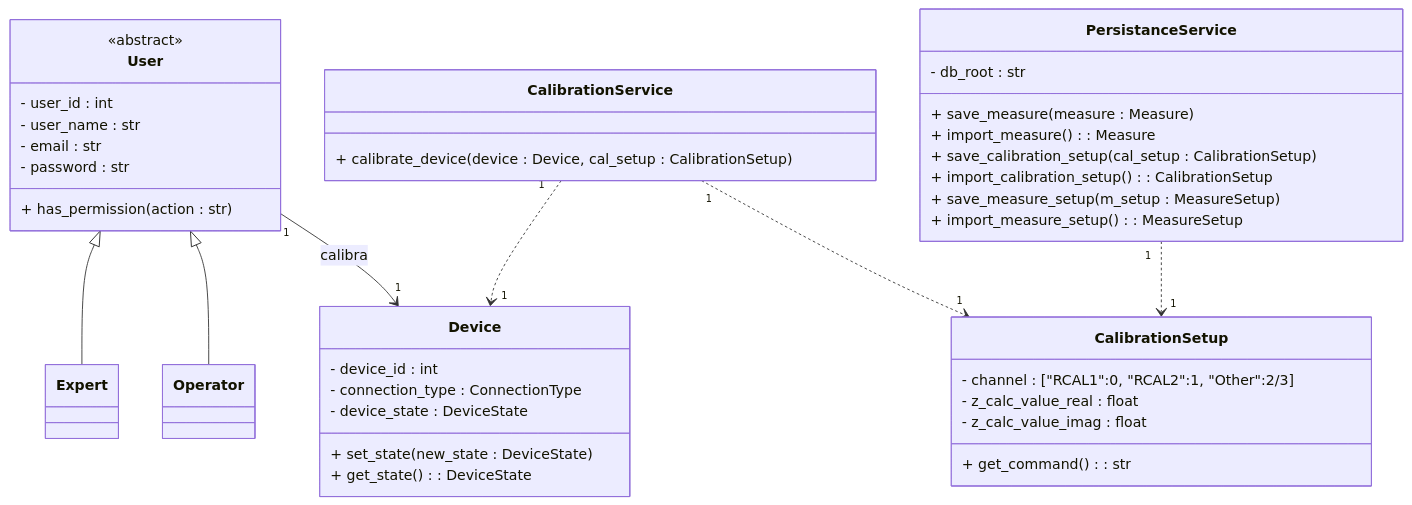
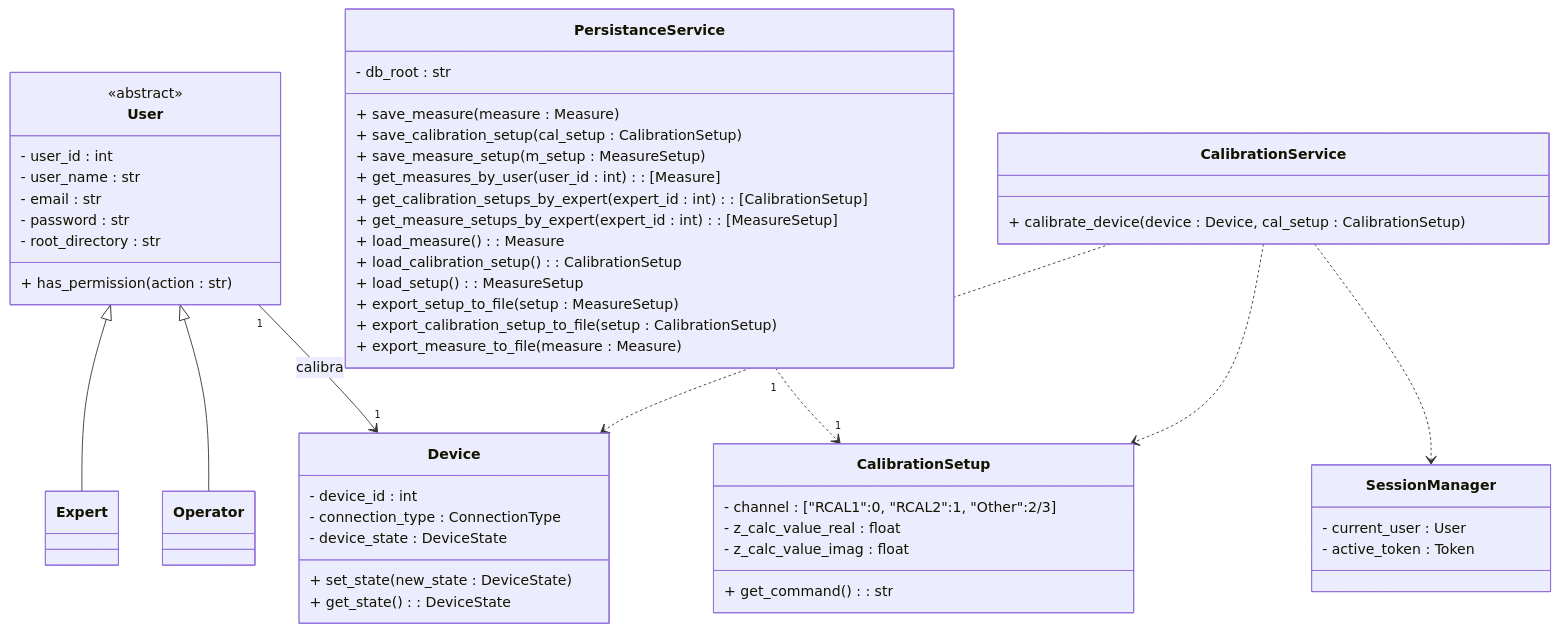
Before and after one commit to alegrelias/Repo-GMini: the third of 6 diagrams in Gmini-MarkDown/Clases Conceptuales.md, drawn with Mermaid. The commit also changed other lines of this file and 3 other files, not shown here.

````diff
--- a/Gmini-MarkDown/Clases Conceptuales.md
+++ b/Gmini-MarkDown/Clases Conceptuales.md
@@ -289,61 +382,78 @@
 ```mermaid
 classDiagram
 
 %% jerarquias
 User <|-- Expert
 User <|-- Operator
 
 %% clases
 class User {
-        <<abstract>>
-        - user_id : int
-        - user_name : str
-        - email : str
-        - password : str
-        + has_permission(action : str)
-    }
+	<<abstract>>
+	- user_id : int
+	- user_name : str
+	- email : str
+	- password : str
+	- root_directory : str
+	+ has_permission(action : str)
+}
     
 class Operator{
 
 }
 class Expert{
 
 }
 
 class CalibrationSetup{
 	- channel : ["RCAL1":0, "RCAL2":1, "Other":2/3]
 	- z_calc_value_real : float
 	- z_calc_value_imag : float
 	+ get_command() : str
 }
 
 class Device{
 	- device_id : int
 	- connection_type : ConnectionType
 	- device_state : DeviceState
 	+ set_state(new_state : DeviceState)
 	+ get_state() : DeviceState
 }
 
 class CalibrationService{
 	+ calibrate_device(device : Device, cal_setup : CalibrationSetup)
 }
 
+class SessionManager{
+	- current_user : User
+	- active_token : Token
+}
+
 class PersistanceService{
 	- db_root : str
+	  
+	%% operaciones en db
 	+ save_measure(measure : Measure)
-	+ import_measure() : Measure
 	+ save_calibration_setup(cal_setup : CalibrationSetup)
-	+ import_calibration_setup() : CalibrationSetup
 	+ save_measure_setup(m_setup : MeasureSetup)
-	+ import_measure_setup() : MeasureSetup
+	+ get_measures_by_user(user_id : int) : [Measure]
+	+ get_calibration_setups_by_expert(expert_id : int) : [CalibrationSetup]
+	+ get_measure_setups_by_expert(expert_id : int) : [MeasureSetup]
+	  
+	%% operaciones en archivos
+	+ load_measure() : Measure
+	+ load_calibration_setup() : CalibrationSetup
+	+ load_setup() : MeasureSetup
+	+ export_setup_to_file(setup : MeasureSetup)
+	+ export_calibration_setup_to_file(setup : CalibrationSetup)
+	+ export_measure_to_file(measure : Measure)
 }
 
 %% relaciones
 User "1"-->"1" Device : calibra
 
 PersistanceService "1"..>"1" CalibrationSetup
 
-CalibrationService "1"..>"1" Device
-CalibrationService "1"..>"1" CalibrationSetup
+CalibrationService ..> Device
+CalibrationService ..> CalibrationSetup
+CalibrationService ..> SessionManager
 ```
````
